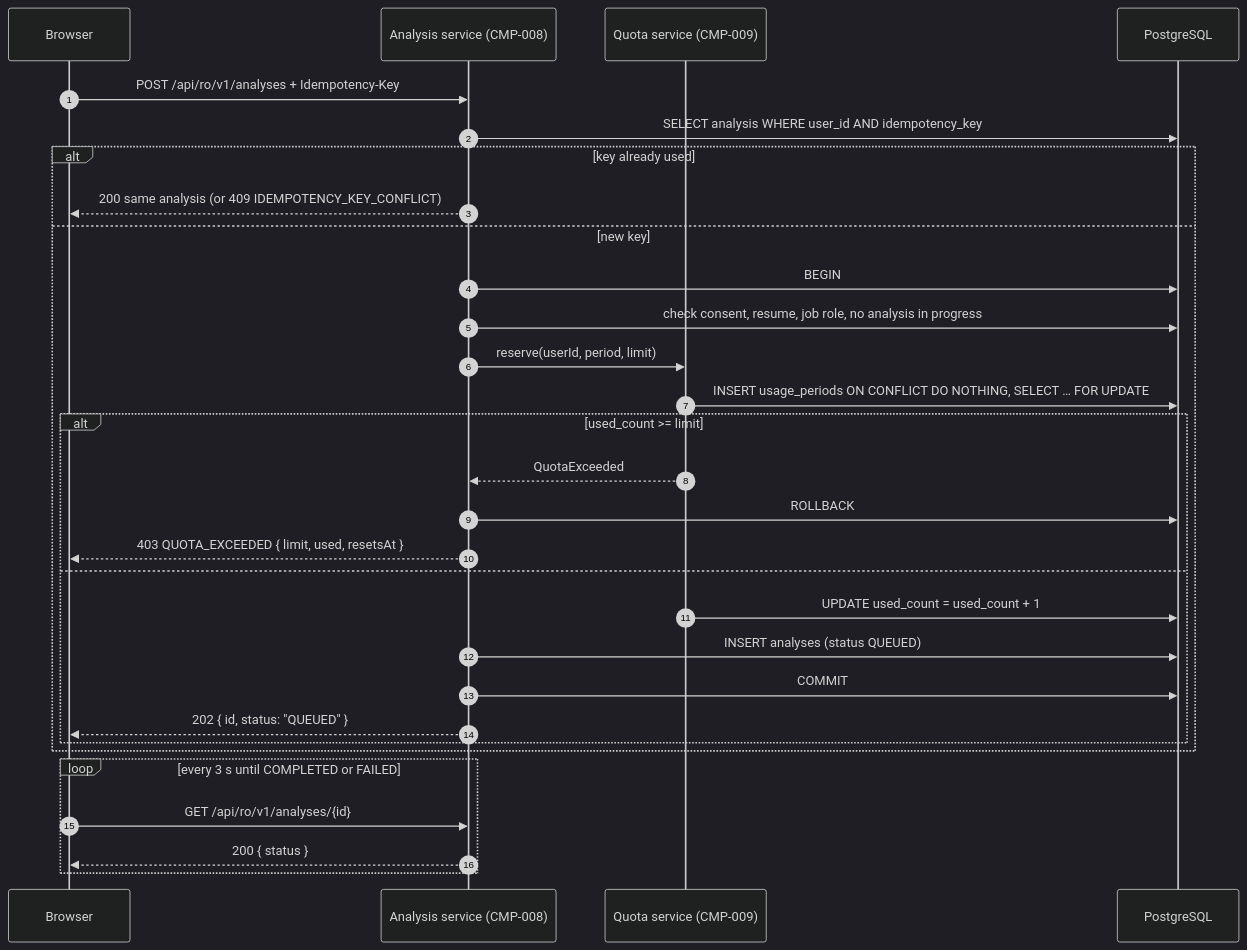
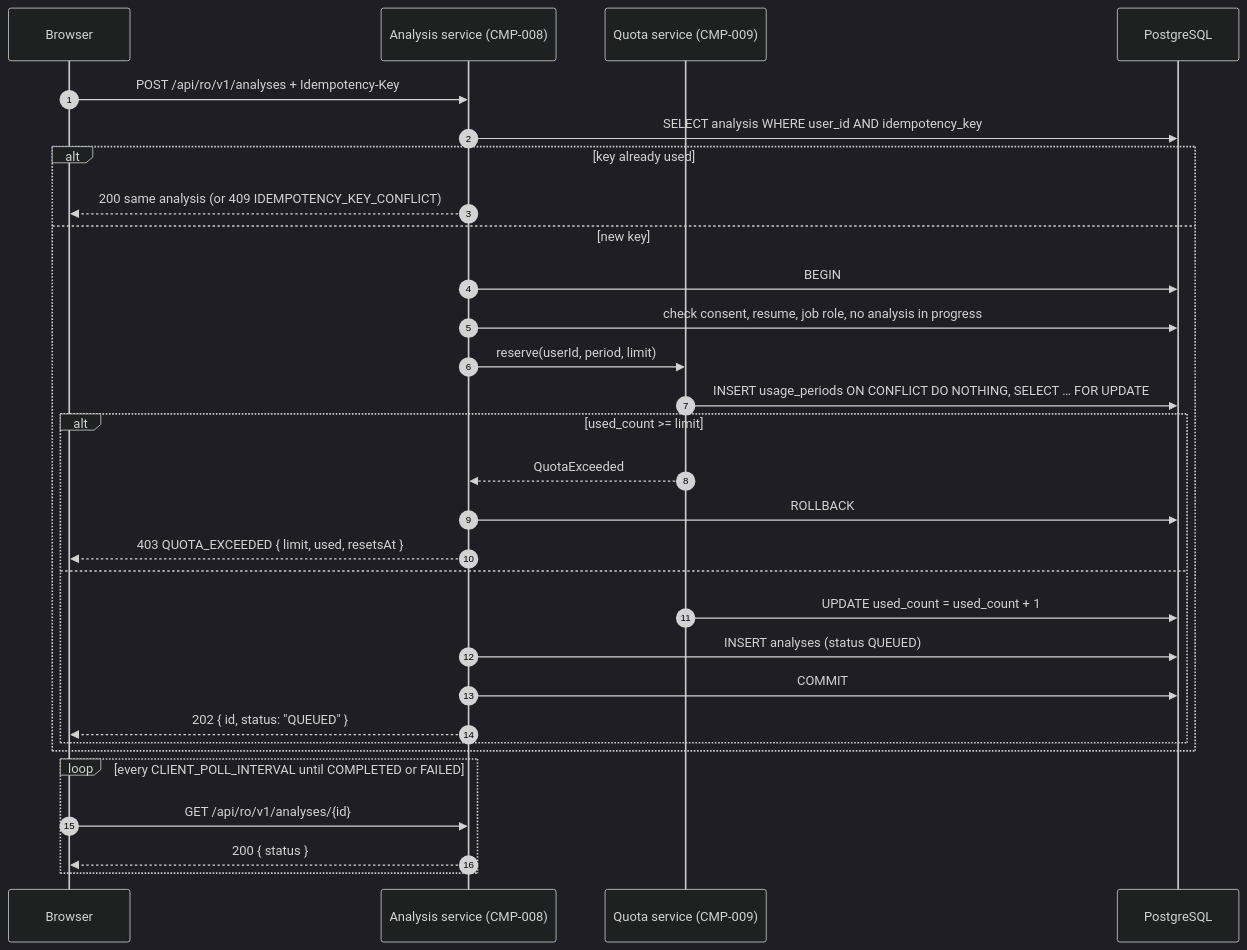
One commit to divii-school/spec-homework changed the third of 14 diagrams in pranesh/spec.md. Above: the diagram before and after it, drawn with Mermaid (dark theme). The commit also changed other lines of this file, not shown here.

Commit message:
improvement: rate limits, client and confirm polling, JWKS cache, clock skew, reconcile batch and alert windows named in §3.4; FRs point to NFR targets instead of restating them (build test B13, consistency §4)

````diff
--- a/pranesh/spec.md
+++ b/pranesh/spec.md
@@ -767,32 +783,32 @@
 ```mermaid
 sequenceDiagram
   autonumber
   participant U as Browser
   participant A as Analysis service (CMP-008)
   participant Q as Quota service (CMP-009)
   participant DB as PostgreSQL
   U->>A: POST /api/ro/v1/analyses + Idempotency-Key
   A->>DB: SELECT analysis WHERE user_id AND idempotency_key
   alt key already used
     A-->>U: 200 same analysis (or 409 IDEMPOTENCY_KEY_CONFLICT)
   else new key
     A->>DB: BEGIN
     A->>DB: check consent, resume, job role, no analysis in progress
     A->>Q: reserve(userId, period, limit)
     Q->>DB: INSERT usage_periods ON CONFLICT DO NOTHING, SELECT … FOR UPDATE
     alt used_count >= limit
       Q-->>A: QuotaExceeded
       A->>DB: ROLLBACK
       A-->>U: 403 QUOTA_EXCEEDED { limit, used, resetsAt }
     else
       Q->>DB: UPDATE used_count = used_count + 1
       A->>DB: INSERT analyses (status QUEUED)
       A->>DB: COMMIT
       A-->>U: 202 { id, status: "QUEUED" }
     end
   end
-  loop every 3 s until COMPLETED or FAILED
+  loop every CLIENT_POLL_INTERVAL until COMPLETED or FAILED
     U->>A: GET /api/ro/v1/analyses/{id}
     A-->>U: 200 { status }
   end
 ```
````
